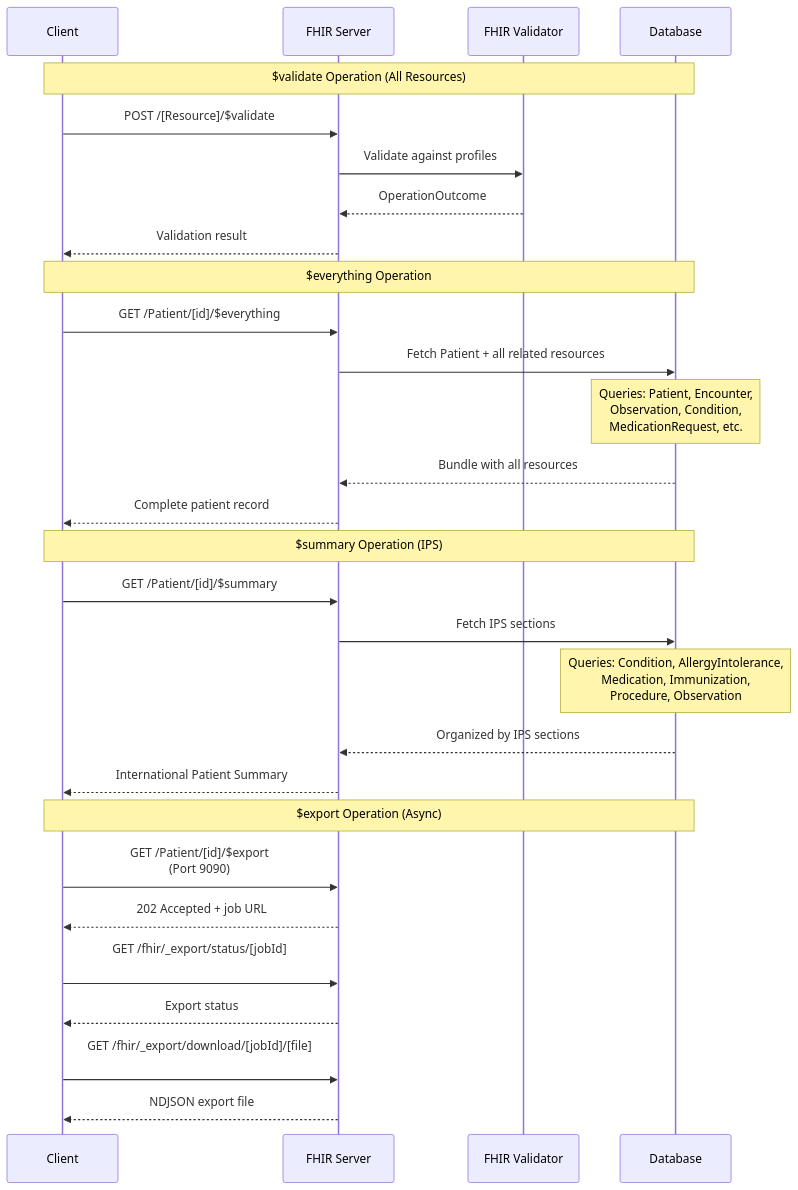
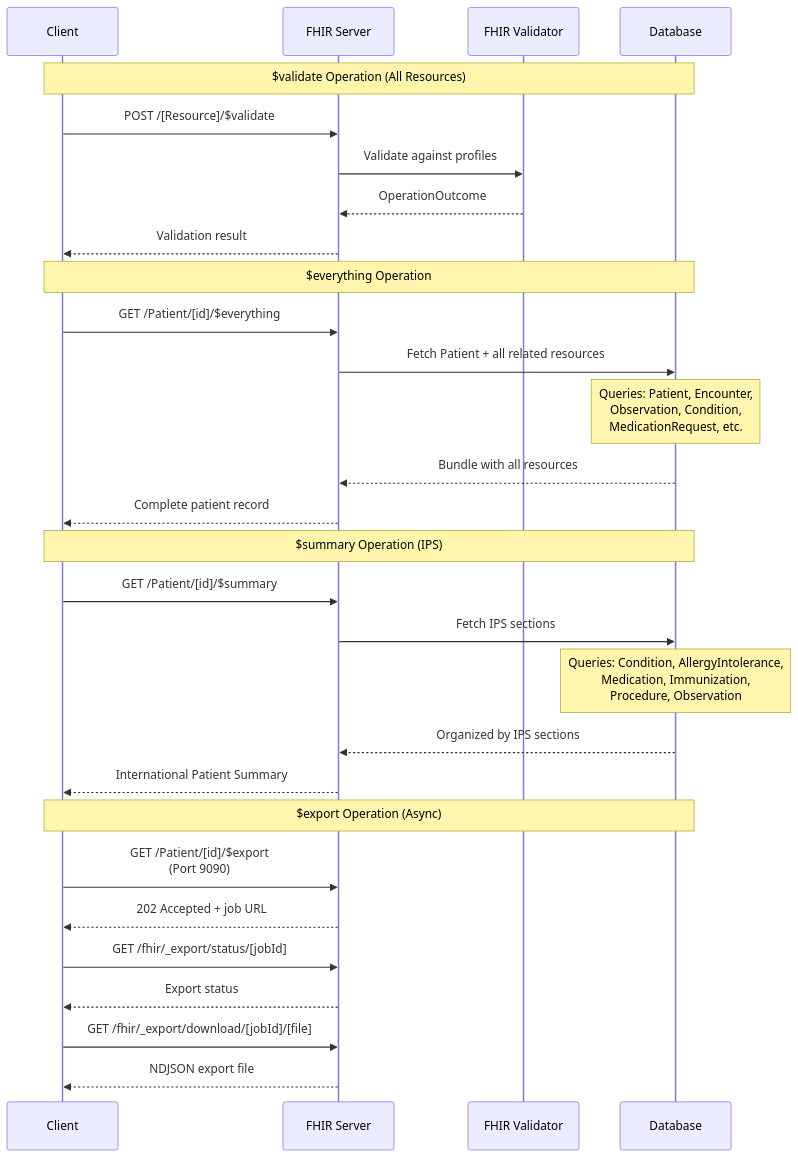
One commit to wso2/open-healthcare-prebuilt-services changed the fourth of 5 diagrams in miscellaneous/fhir-server/README.md. Above: the diagram before and after it, drawn with Mermaid.

````diff
--- a/miscellaneous/fhir-server/README.md
+++ b/miscellaneous/fhir-server/README.md
@@ -122,35 +122,35 @@
 ```mermaid
 sequenceDiagram
     participant Client
     participant Server as FHIR Server
     participant Validator as FHIR Validator
     participant DB as Database
     
     Note over Client,DB: $validate Operation (All Resources)
     Client->>Server: POST /[Resource]/$validate
     Server->>Validator: Validate against profiles
     Validator-->>Server: OperationOutcome
     Server-->>Client: Validation result
     
     Note over Client,DB: $everything Operation
     Client->>Server: GET /Patient/[id]/$everything
     Server->>DB: Fetch Patient + all related resources
     Note over DB: Queries: Patient, Encounter,<br/>Observation, Condition,<br/>MedicationRequest, etc.
     DB-->>Server: Bundle with all resources
     Server-->>Client: Complete patient record
     
     Note over Client,DB: $summary Operation (IPS)
     Client->>Server: GET /Patient/[id]/$summary
     Server->>DB: Fetch IPS sections
     Note over DB: Queries: Condition, AllergyIntolerance,<br/>Medication, Immunization,<br/>Procedure, Observation
     DB-->>Server: Organized by IPS sections
     Server-->>Client: International Patient Summary
     
     Note over Client,DB: $export Operation (Async)
     Client->>Server: GET /Patient/[id]/$export<br/>(Port 9090)
     Server-->>Client: 202 Accepted + job URL
-    Client->>Server: GET /fhir/_export/status/[jobId]<br/>
+    Client->>Server: GET /fhir/_export/status/[jobId]
     Server-->>Client: Export status
-    Client->>Server: GET /fhir/_export/download/[jobId]/[file]<br/>
+    Client->>Server: GET /fhir/_export/download/[jobId]/[file]
     Server-->>Client: NDJSON export file
 ```
````
